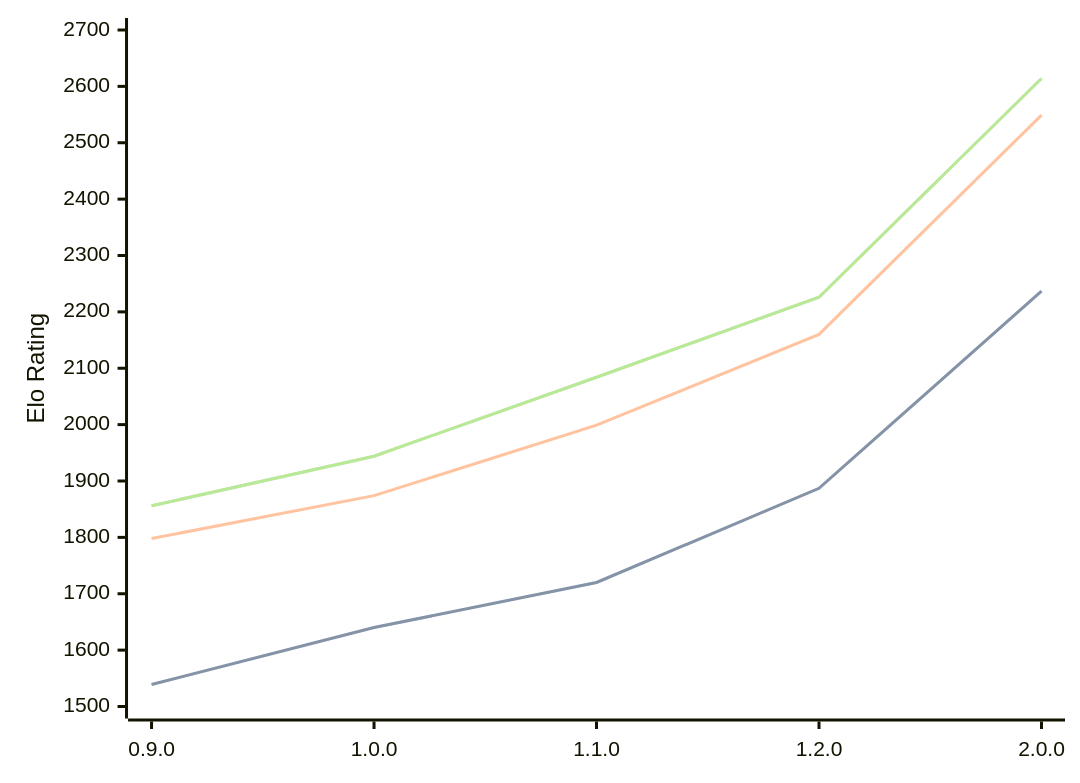
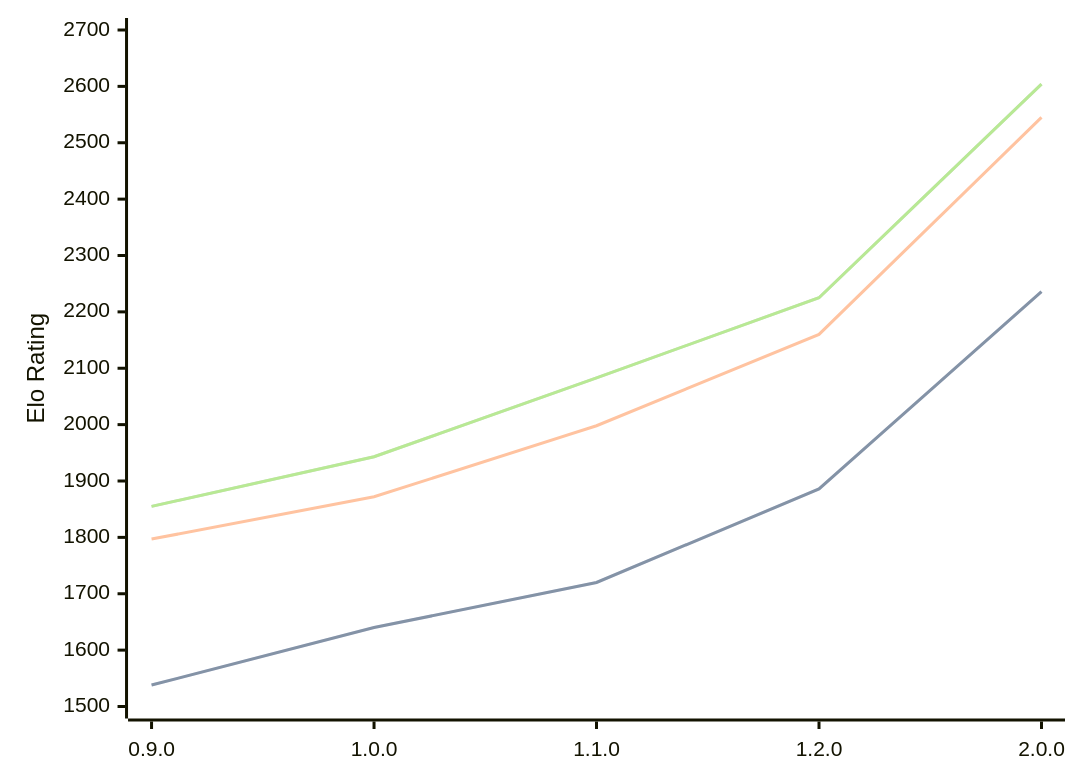
Before and after one commit to computer-chess-index/cci: the first of 3 diagrams in engines/Ratsu.md, drawn with Mermaid. The commit also changed other lines of this file, not shown here.

Commit message:
Update CCI Ratings (ELO VLTC) - 2026-06-27

````diff
--- a/engines/Ratsu.md
+++ b/engines/Ratsu.md
@@ -35,11 +35,11 @@
 ```mermaid
 %%{init: {"theme":"base","themeVariables":{"seriesColors:['#a3a3a3','#222221','#faa371']}}}%%
 xychart-beta
   x-axis ["0.9.0", "1.0.0", "1.1.0", "1.2.0", "2.0.0"]
   y-axis "Elo Rating" 1500 --> 2700
-  line "STC (8.0+0.08s)" [1539, 1640, 1720, 1887, 2237]
-  line "STC (8.0+0.08s)" [1539, 1640, 1720, 1887, 2237]
-  line "LTC (60.0+0.60s)" [1798, 1874, 1999, 2160, 2549]
-  line "VLTC (2m24s+1.12s)" [1856, 1944, 2084, 2226, 2614]
-  line "VLTC (2m24s+1.12s)" [1856, 1944, 2084, 2226, 2614]
+  line "STC (8.0+0.08s)" [1538, 1640, 1720, 1886, 2236]
+  line "STC (8.0+0.08s)" [1538, 1640, 1720, 1886, 2236]
+  line "LTC (60.0+0.60s)" [1797, 1872, 1998, 2160, 2545]
+  line "VLTC (2m24s+1.12s)" [1855, 1943, 2083, 2225, 2604]
+  line "VLTC (2m24s+1.12s)" [1855, 1943, 2083, 2225, 2604]
 ```
````
